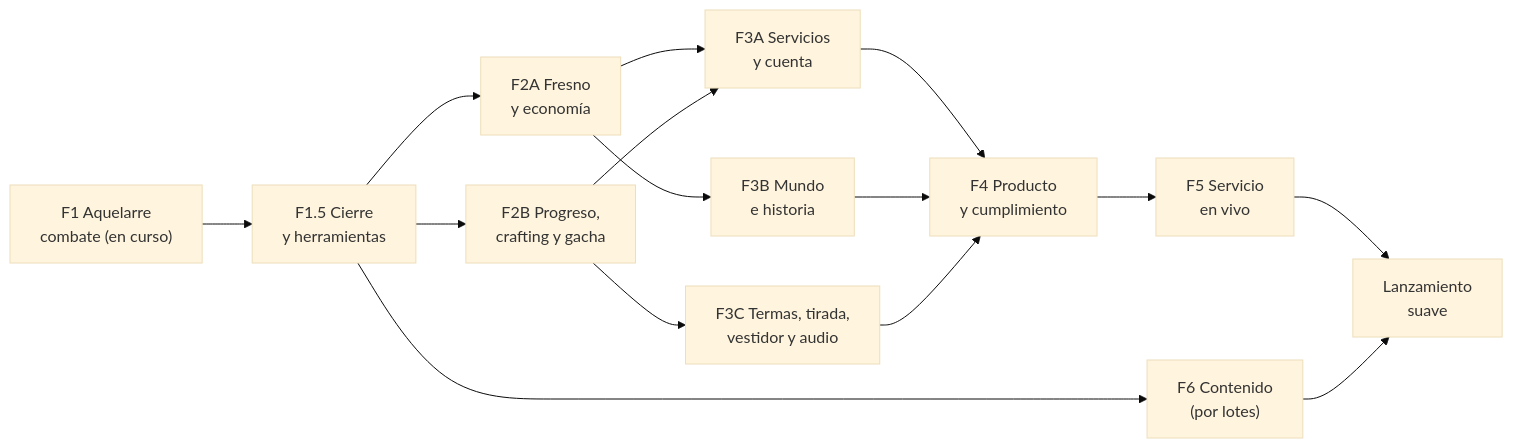
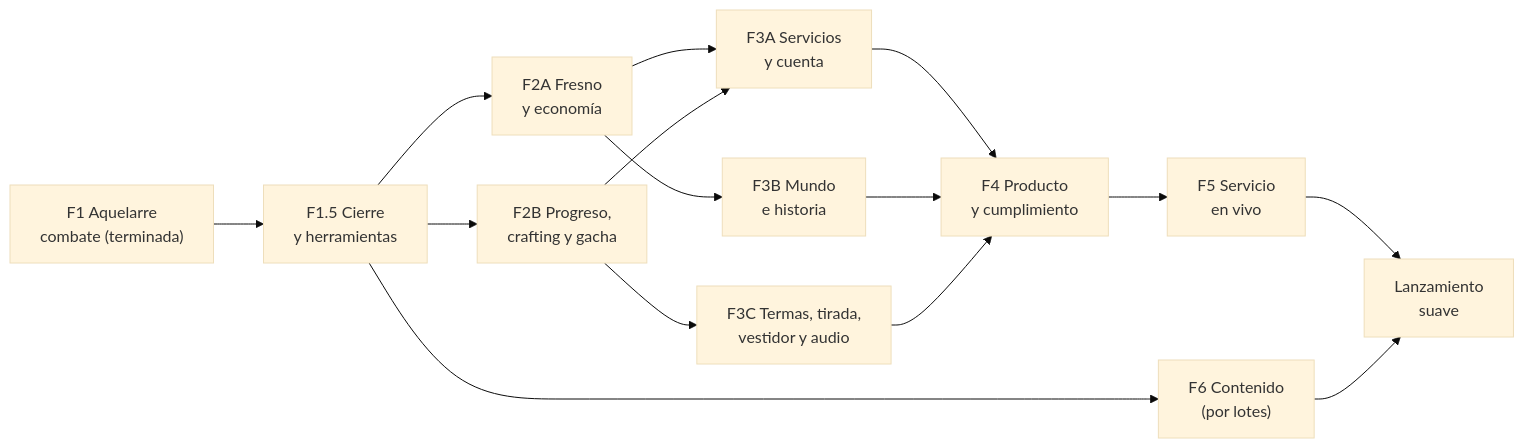
Before and after one commit to AdassioST/Gacha-Agustin: the first of 2 diagrams in docs/HOJA_DE_RUTA.md, drawn with Mermaid (base theme). The commit also changed other lines of this file and 2 other files, not shown here.

````diff
--- a/docs/HOJA_DE_RUTA.md
+++ b/docs/HOJA_DE_RUTA.md
@@ -13,17 +14,17 @@
 ```mermaid
 flowchart LR
-    F1["F1 Aquelarre<br/>combate (en curso)"] --> F15["F1.5 Cierre<br/>y herramientas"]
+    F1["F1 Aquelarre<br/>combate (terminada)"] --> F15["F1.5 Cierre<br/>y herramientas"]
     F15 --> F2A["F2A Fresno<br/>y economía"]
     F15 --> F2B["F2B Progreso,<br/>crafting y gacha"]
     F2A --> F3A["F3A Servicios<br/>y cuenta"]
     F2B --> F3A
     F2A --> F3B["F3B Mundo<br/>e historia"]
     F2B --> F3C["F3C Termas, tirada,<br/>vestidor y audio"]
     F3A --> F4["F4 Producto<br/>y cumplimiento"]
     F3B --> F4
     F3C --> F4
     F4 --> F5["F5 Servicio<br/>en vivo"]
     F15 --> F6["F6 Contenido<br/>(por lotes)"]
     F5 --> L["Lanzamiento<br/>suave"]
     F6 --> L
 ```
````
